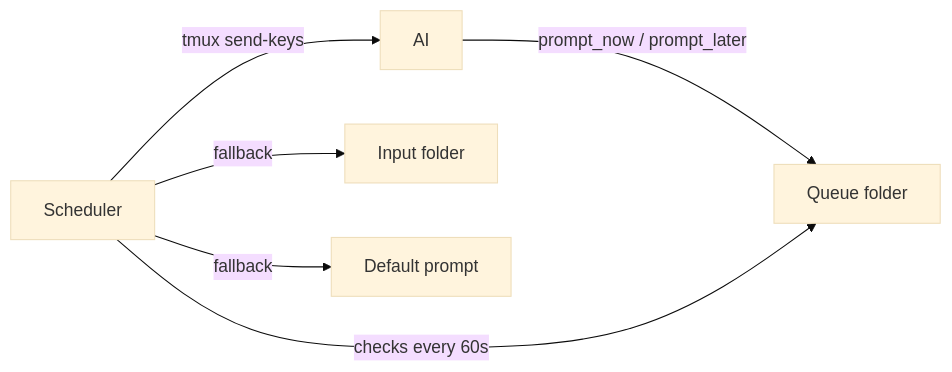
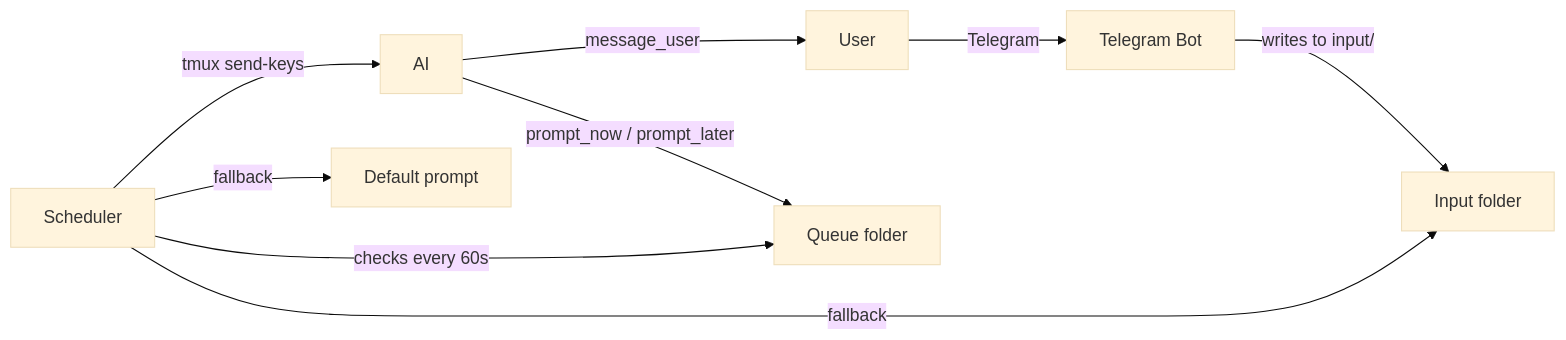
One commit to derDere/selfcontrol-mcp changed the diagram in README.md. Above: the diagram before and after it, drawn with Mermaid (base theme). The commit also changed other lines of this file and 7 other files, not shown here.

First line of the commit message:
Add Telegram bot and message_user MCP tool

````diff
--- a/README.md
+++ b/README.md
@@ -15,8 +15,11 @@
 ```mermaid
 flowchart LR
+    User -->|Telegram| Bot[Telegram Bot]
+    Bot -->|writes to input/| Input["Input folder"]
     AI -->|prompt_now / prompt_later| Queue["Queue folder"]
+    AI -->|message_user| User
     Scheduler -->|checks every 60s| Queue
-    Scheduler -->|fallback| Input["Input folder"]
+    Scheduler -->|fallback| Input
     Scheduler -->|fallback| Config["Default prompt"]
     Scheduler -->|tmux send-keys| AI
 ```
````
